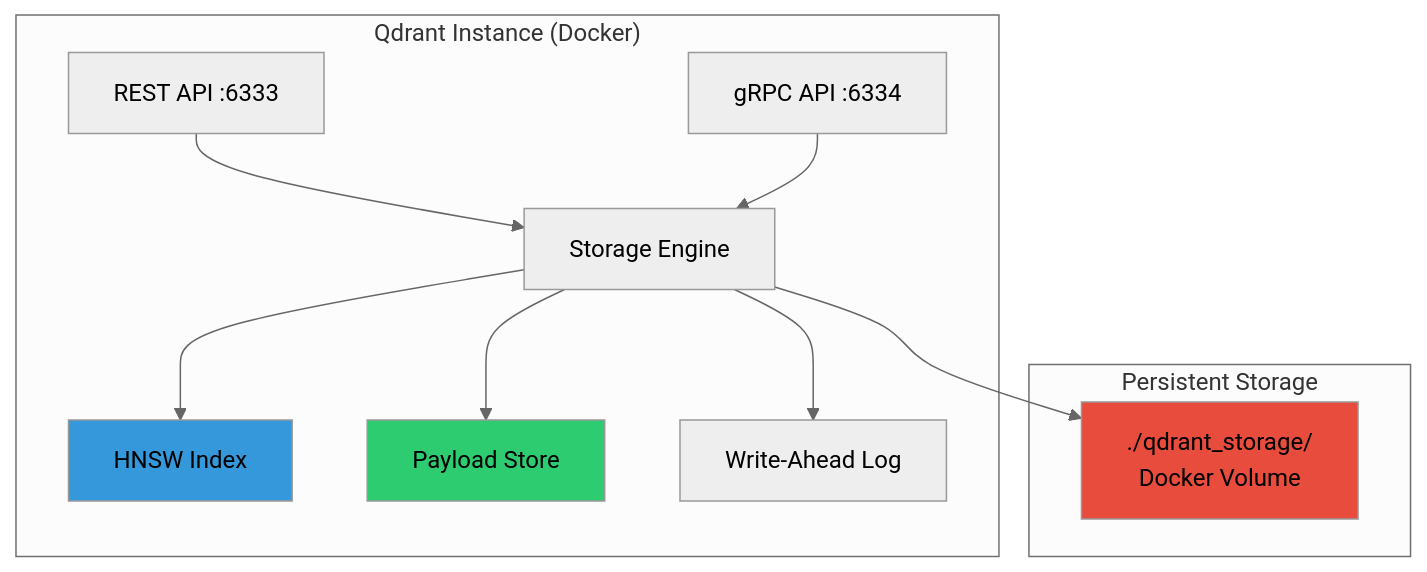
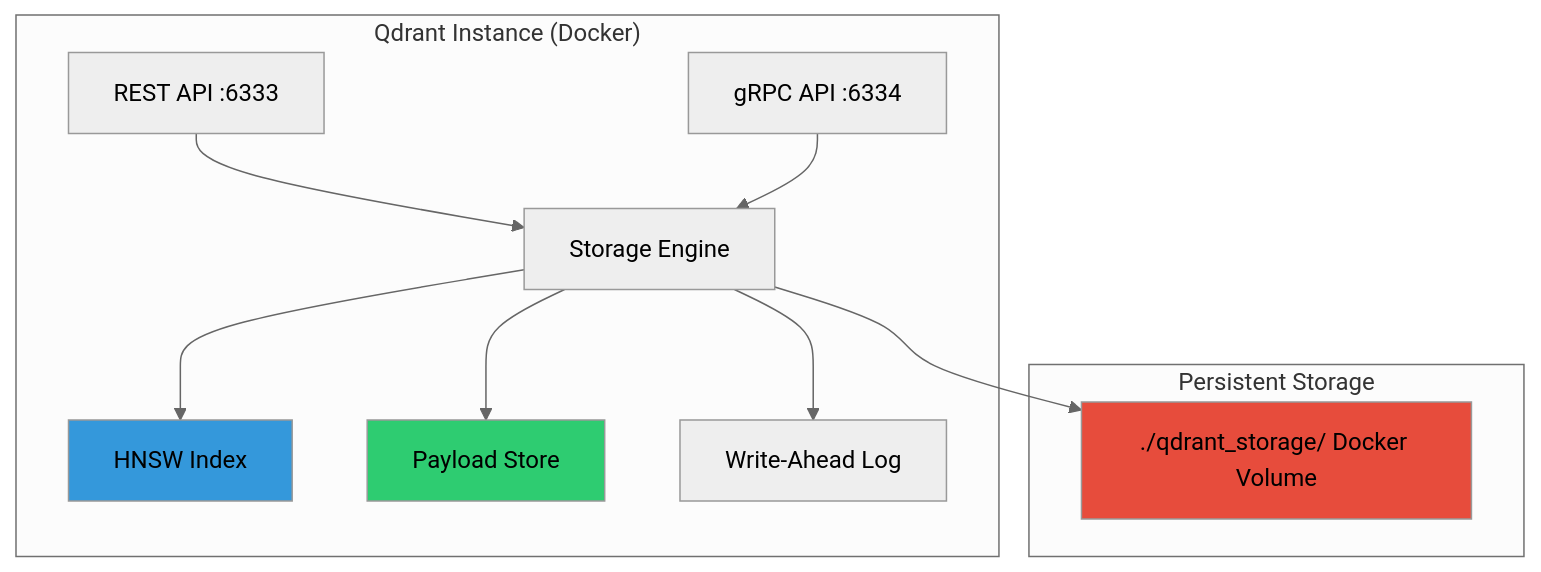
The first of 8 diagrams in wiki/Database-Schema.md (softwarewrighter/rag-demo), drawn with Mermaid (neutral theme) before and after one commit. The commit also changed other lines of this file and 7 other files, not shown here.

````diff
--- a/wiki/Database-Schema.md
+++ b/wiki/Database-Schema.md
@@ -32,26 +32,26 @@
 ```mermaid
 graph TB
     subgraph "Qdrant Instance (Docker)"
         REST[REST API :6333]
         GRPC[gRPC API :6334]
         ENGINE[Storage Engine]
         HNSW[HNSW Index]
         PAYLOAD[Payload Store]
         WAL[Write-Ahead Log]
     end
 
     subgraph "Persistent Storage"
-        VOL[./qdrant_storage/<br/>Docker Volume]
+        VOL[./qdrant_storage/ Docker Volume]
     end
 
     REST --> ENGINE
     GRPC --> ENGINE
     ENGINE --> HNSW
     ENGINE --> PAYLOAD
     ENGINE --> WAL
     ENGINE --> VOL
 
     style HNSW fill:#3498db
     style PAYLOAD fill:#2ecc71
     style VOL fill:#e74c3c
 ```
````
